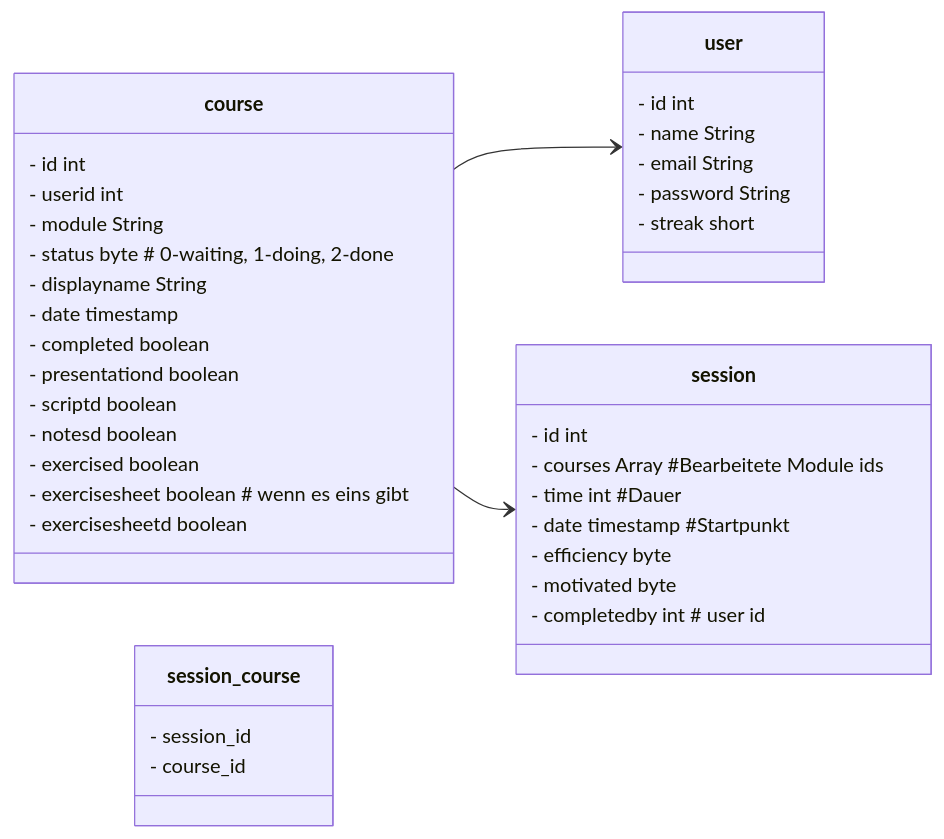
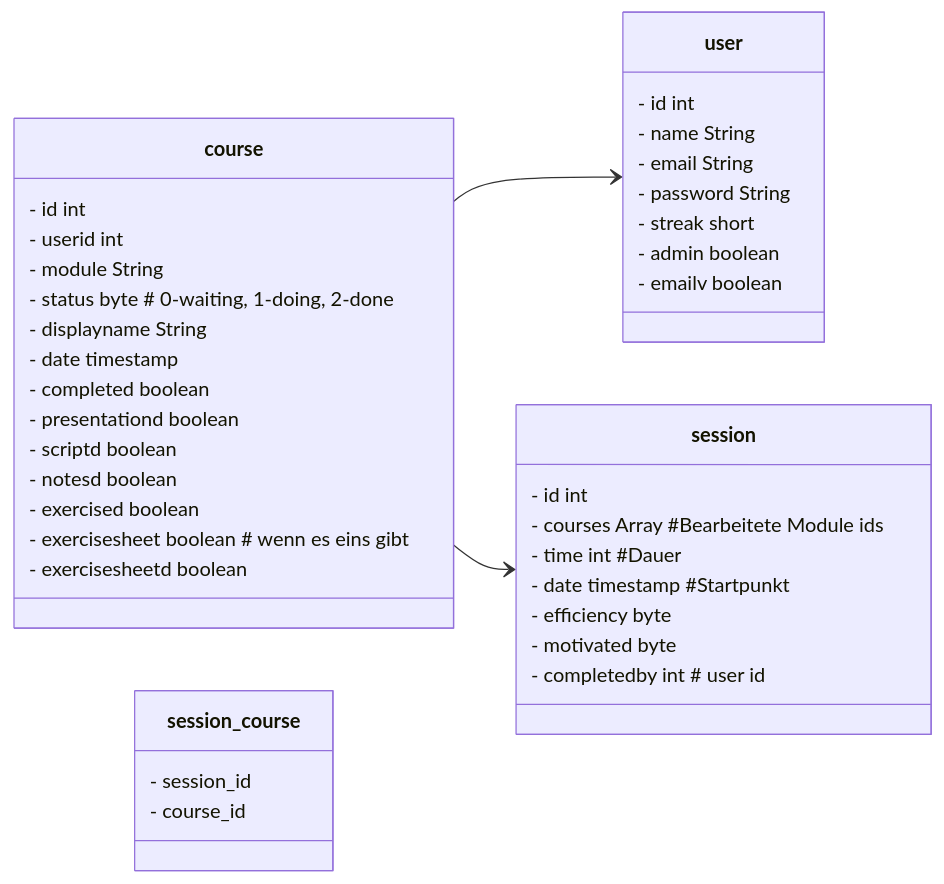
One commit to nyrocarion/LQMS changed the second of 4 diagrams in README.md. Above: the diagram before and after it, drawn with Mermaid.

Commit message:
refactor: added attributes

````diff
--- a/README.md
+++ b/README.md
@@ -73,45 +73,47 @@
 ```mermaid
 classDiagram
 direction LR
     class course {
 	    - id int
 	    - userid int
 	    - module String
 	    - status byte # 0-waiting, 1-doing, 2-done
 	    - displayname String
 	    - date timestamp
 	    - completed boolean
         - presentationd boolean
         - scriptd boolean
         - notesd boolean
         - exercised boolean
         - exercisesheet boolean # wenn es eins gibt
         - exercisesheetd boolean
     }
 
     class user {
 	    - id int
 	    - name String
 	    - email String
 	    - password String
 	    - streak short
+            - admin boolean
+            - emailv boolean
     }
 
     class session {
 	    - id int
 	    - courses Array #Bearbeitete Module ids
 	    - time int #Dauer
 	    - date timestamp #Startpunkt
 	    - efficiency byte
 	    - motivated byte
 	    - completedby int # user id
     }
 
     class session_course {
 	    - session_id
 	    - course_id
     }
 
     course --> user
     course --> session
 ```
````
